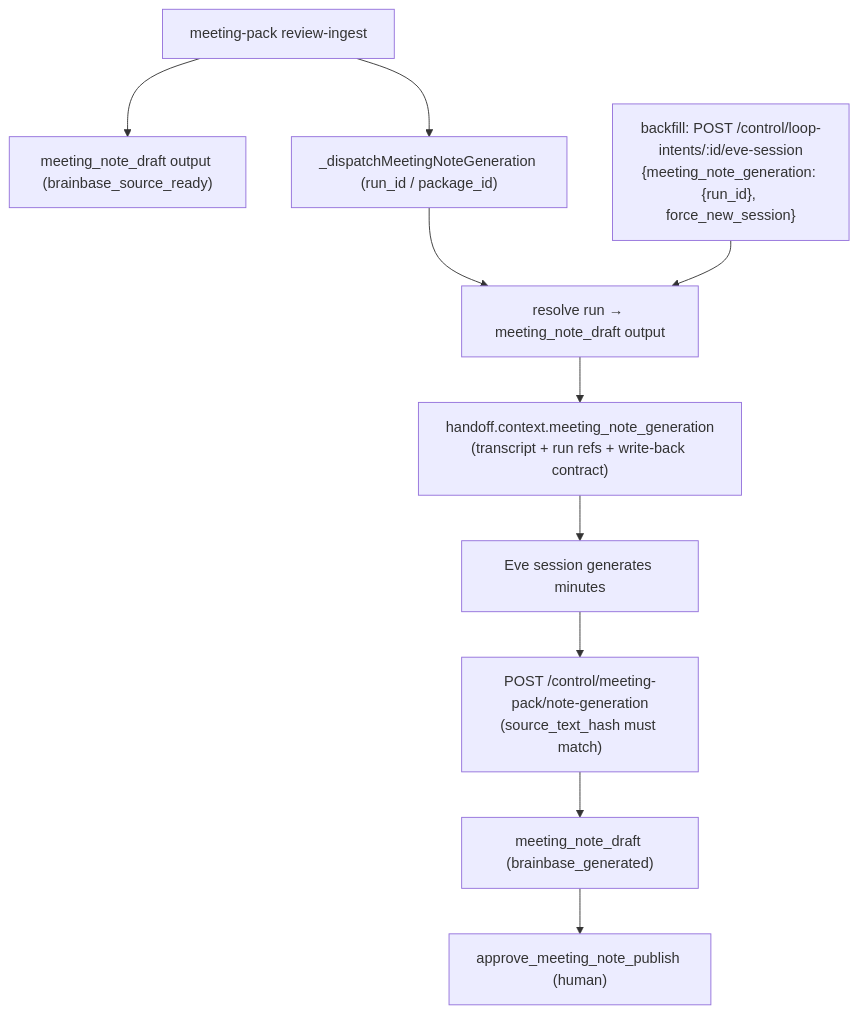
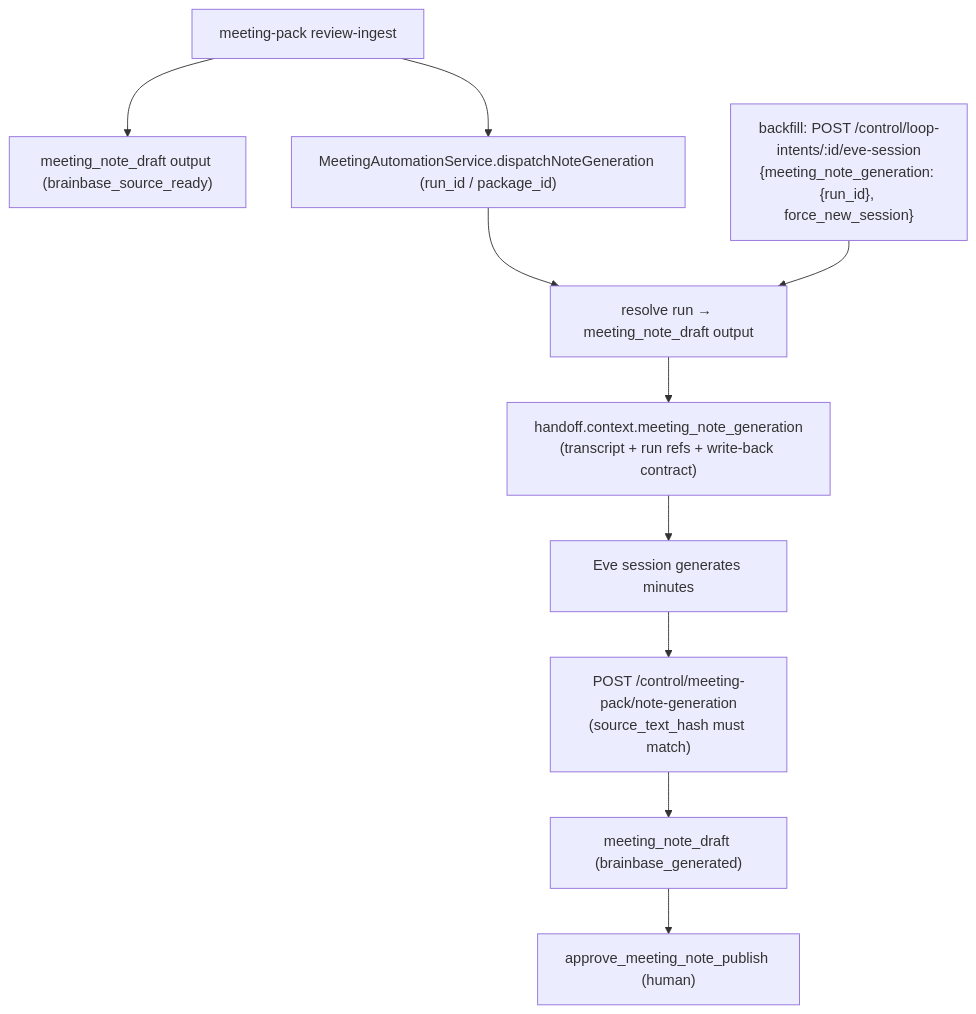
Before and after one commit to Unson-LLC/brainbase: the diagram in docs/stories/story-eve-dispatch-handoff-transcript-context.md, drawn with Mermaid. The commit also changed other lines of this file and 17 other files, not shown here.

````diff
--- a/docs/stories/story-eve-dispatch-handoff-transcript-context.md
+++ b/docs/stories/story-eve-dispatch-handoff-transcript-context.md
@@ -38,12 +38,12 @@
 ```mermaid
 flowchart TD
   ingest["meeting-pack review-ingest"] --> draft["meeting_note_draft output (brainbase_source_ready)"]
-  ingest --> dispatch["_dispatchMeetingNoteGeneration (run_id / package_id)"]
+  ingest --> dispatch["MeetingAutomationService.dispatchNoteGeneration (run_id / package_id)"]
   dispatch --> resolve["resolve run → meeting_note_draft output"]
   resolve --> handoff["handoff.context.meeting_note_generation\n(transcript + run refs + write-back contract)"]
   handoff --> eve["Eve session generates minutes"]
   eve --> writeback["POST /control/meeting-pack/note-generation\n(source_text_hash must match)"]
   writeback --> generated["meeting_note_draft (brainbase_generated)"]
   generated --> approval["approve_meeting_note_publish (human)"]
   backfill["backfill: POST /control/loop-intents/:id/eve-session\n{meeting_note_generation: {run_id}, force_new_session}"] --> resolve
 ```
````
